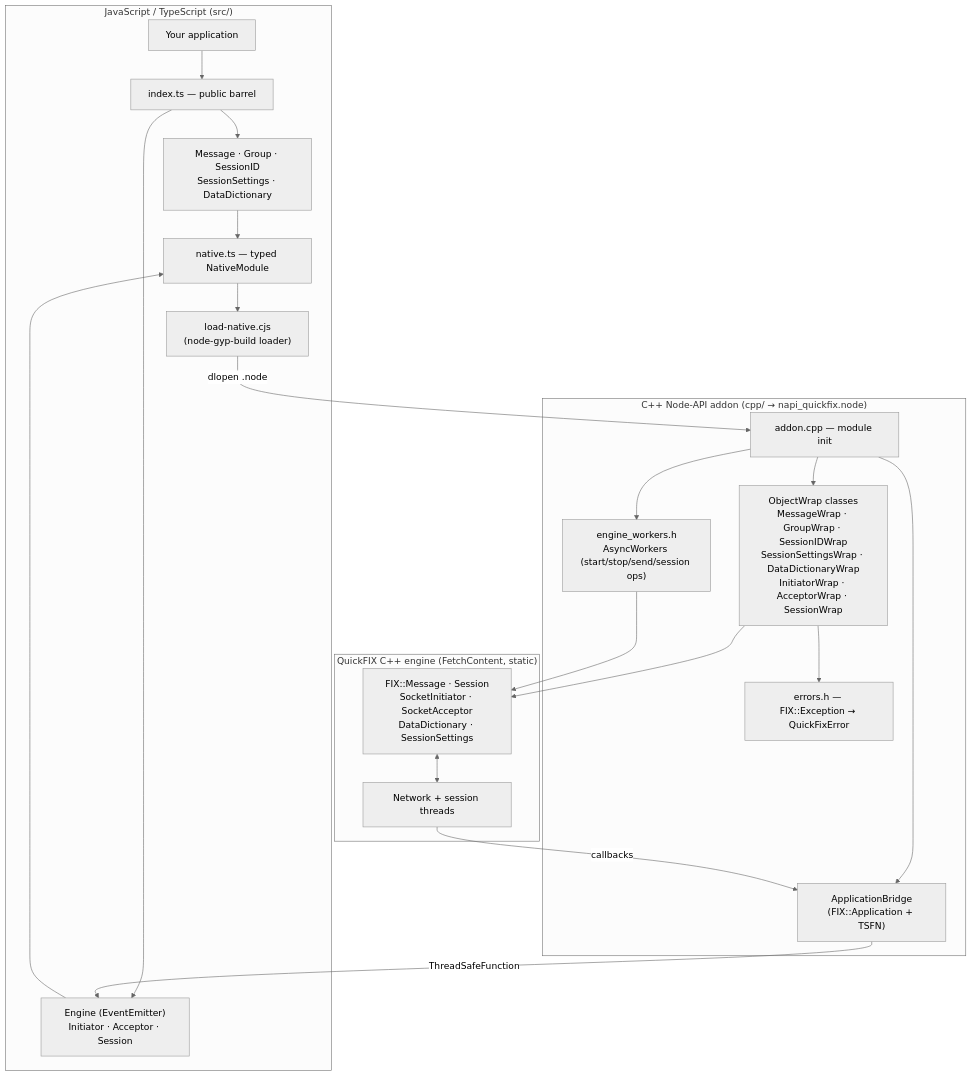
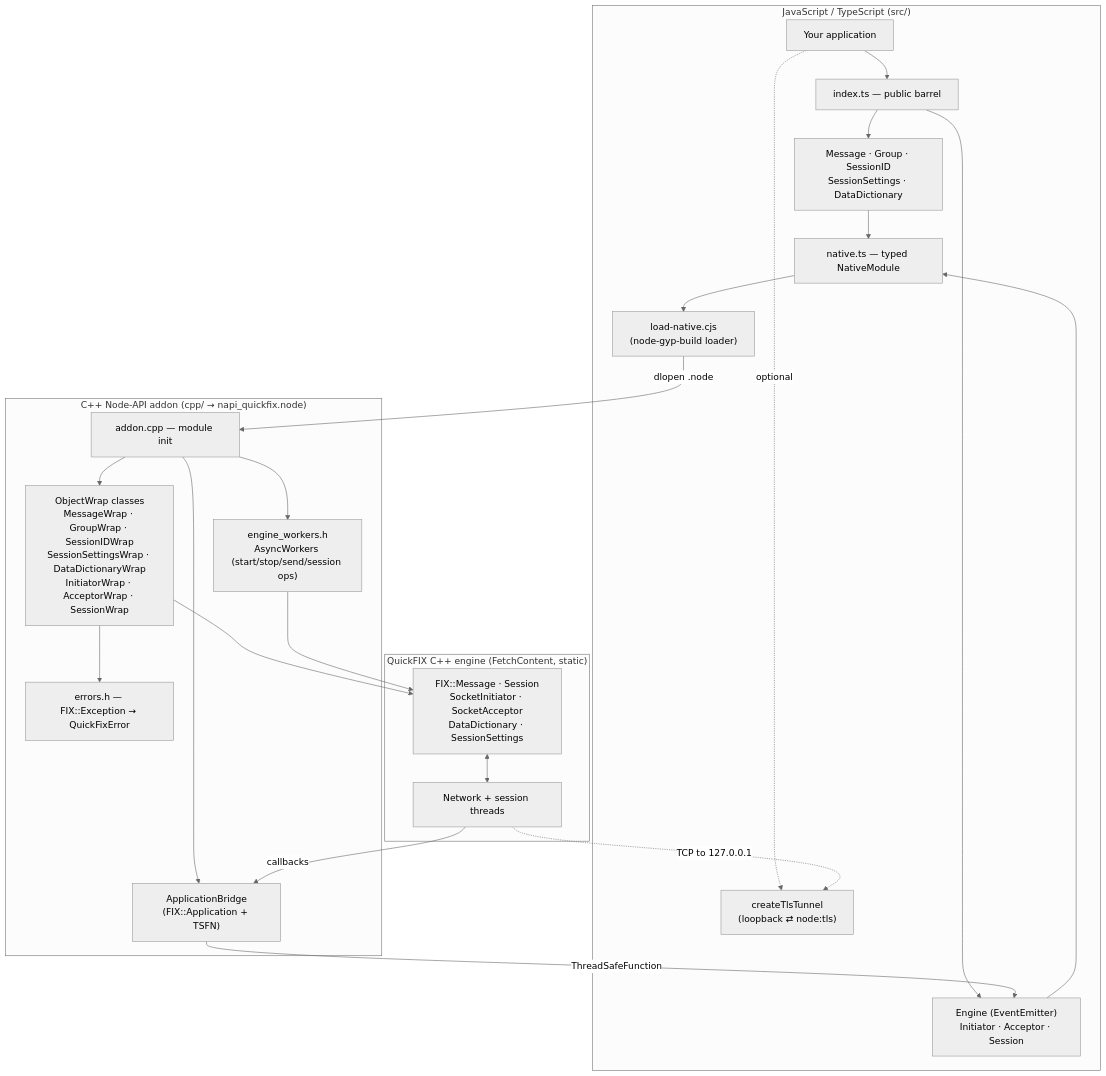
The first of 7 diagrams in ARCHITECTURE.md (homaiohq/napi-quickfix), drawn with Mermaid (neutral theme) before and after one commit. The commit also changed other lines of this file and 12 other files, not shown here.

First line of the commit message:
feat(tls): add createTlsTunnel, an in-process stunnel for initiators

````diff
--- a/ARCHITECTURE.md
+++ b/ARCHITECTURE.md
@@ -19,36 +19,39 @@
 ```mermaid
 graph TD
   subgraph JS["JavaScript / TypeScript  (src/)"]
     APP["Your application"]
     IDX["index.ts — public barrel"]
     MSG["Message · Group · SessionID<br/>SessionSettings · DataDictionary"]
     ENG["Engine (EventEmitter)<br/>Initiator · Acceptor · Session"]
+    TUN["createTlsTunnel<br/>(loopback ⇄ node:tls)"]
     NAT["native.ts — typed NativeModule"]
     LOAD["load-native.cjs<br/>(node-gyp-build loader)"]
   end
 
   subgraph ADDON["C++ Node-API addon  (cpp/ → napi_quickfix.node)"]
     REG["addon.cpp — module init"]
     WRAPS["ObjectWrap classes<br/>MessageWrap · GroupWrap · SessionIDWrap<br/>SessionSettingsWrap · DataDictionaryWrap<br/>InitiatorWrap · AcceptorWrap · SessionWrap"]
     BRIDGE["ApplicationBridge<br/>(FIX::Application + TSFN)"]
     WORKERS["engine_workers.h<br/>AsyncWorkers (start/stop/send/session ops)"]
     ERR["errors.h — FIX::Exception → QuickFixError"]
   end
 
   subgraph QF["QuickFIX C++ engine  (FetchContent, static)"]
     CORE["FIX::Message · Session<br/>SocketInitiator · SocketAcceptor<br/>DataDictionary · SessionSettings"]
     NET["Network + session threads"]
   end
 
   APP --> IDX --> MSG & ENG
   MSG --> NAT
   ENG --> NAT
   NAT --> LOAD -->|"dlopen .node"| REG
   REG --> WRAPS & BRIDGE & WORKERS
   WRAPS --> ERR
   WRAPS --> CORE
   WORKERS --> CORE
   CORE <--> NET
   NET -->|"callbacks"| BRIDGE
   BRIDGE -->|"ThreadSafeFunction"| ENG
+  APP -.->|"optional"| TUN
+  NET -.->|"TCP to 127.0.0.1"| TUN
 ```
````
